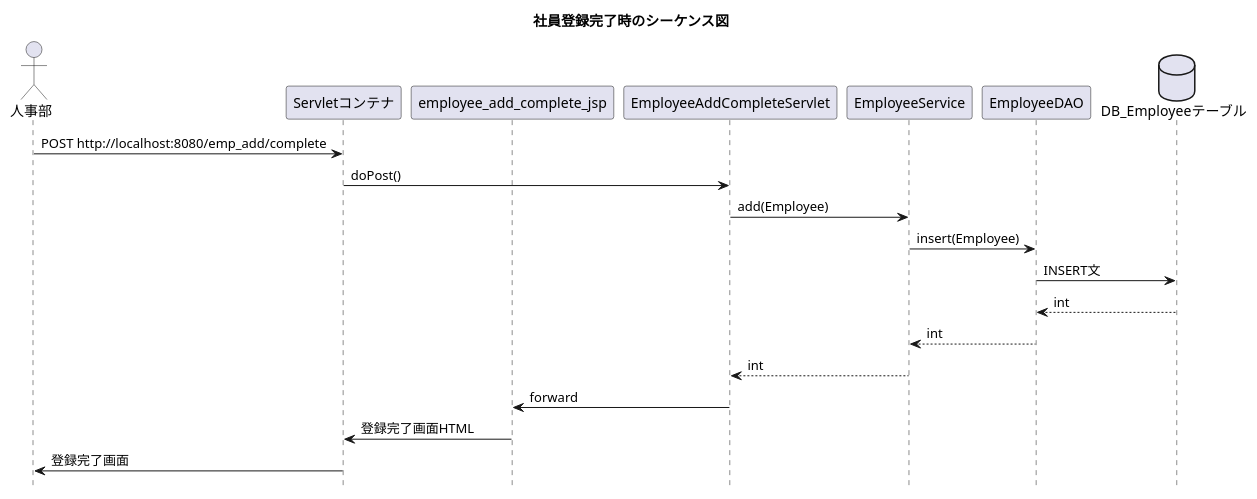
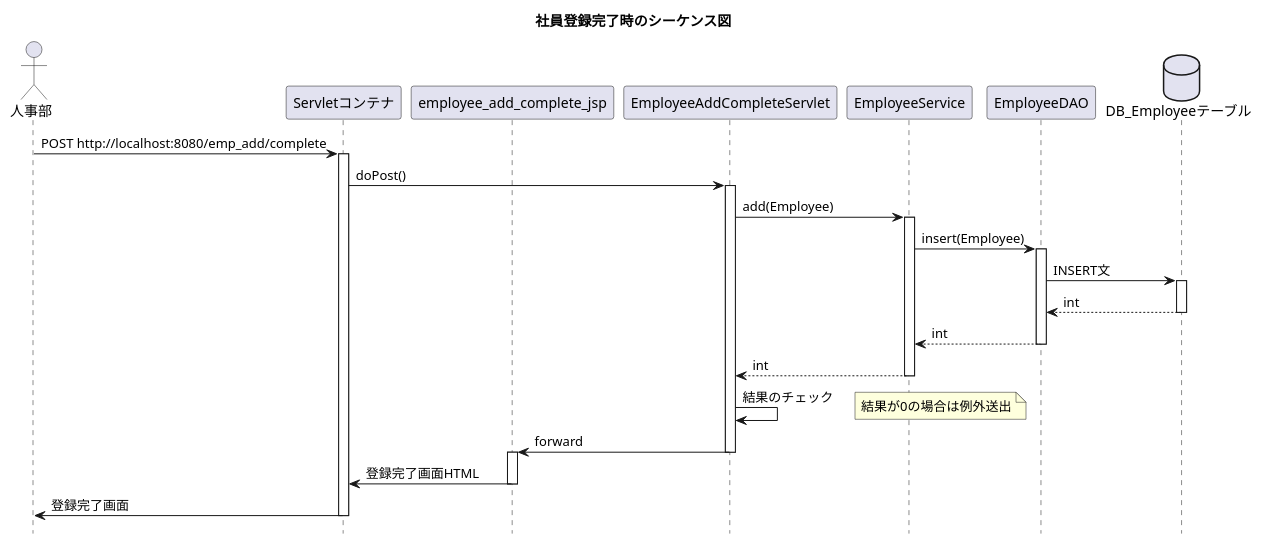
Before and after one commit to fullness-java2020n502/java-text: the diagram in java-oop/uml/sequence/employee_add_complete.plantuml, drawn with PlantUML.

Commit message:
シーケンス図にライフライン（活性区域）を追加

```diff
--- a/java-oop/uml/sequence/employee_add_complete.plantuml
+++ b/java-oop/uml/sequence/employee_add_complete.plantuml
@@ -1,45 +1,65 @@
 @startuml
+' 【重要】UMLは「自分たちが作るクラス」を主に登場させる
+
+
 title 社員登録完了時のシーケンス図
 
 hide footbox
 
 actor 人事部
 
+' 活性区域: このインスタンスが主に処理している部分を強調する
+
 ' Servletコンテナ：JavaのWebアプリを実行する環境
 ' それに対してHTTPリクエストをする
 人事部 -> Servletコンテナ : POST http://localhost:8080/emp_add/complete
+activate Servletコンテナ
 
 participant employee_add_complete_jsp
 
 ' ServletコンテナはURLとHTTPメソッド（POST or GET）に合わせてサーブレットを呼び出す
 Servletコンテナ -> EmployeeAddCompleteServlet : doPost()
+activate EmployeeAddCompleteServlet
 
 ' ServletはServiceを呼び出して登録処理を行う
 EmployeeAddCompleteServlet -> EmployeeService : add(Employee)
+activate EmployeeService
 
 ' ServiceはDAOを呼び出して登録処理を委譲する
 EmployeeService -> EmployeeDAO : insert(Employee)
+activate EmployeeDAO
 
 ' DAOはDBに対してinsert文を発行する
 database DB_Employeeテーブル
 EmployeeDAO -> DB_Employeeテーブル : INSERT文
+activate DB_Employeeテーブル
 
 ' DBはDAOに更新件数のintを返す
 DB_Employeeテーブル --> EmployeeDAO : int
+deactivate DB_Employeeテーブル
 
 ' DAOはServiceに更新件数を返す
 EmployeeDAO --> EmployeeService : int
+deactivate EmployeeDAO
 
 ' ServiceはServletに更新件数を返す
 EmployeeService --> EmployeeAddCompleteServlet : int
+deactivate EmployeeService
+
+EmployeeAddCompleteServlet -> EmployeeAddCompleteServlet : 結果のチェック
+note right : 結果が0の場合は例外送出
 
 ' ServletがJSPにforwardする
 EmployeeAddCompleteServlet -> employee_add_complete_jsp : forward
+deactivate EmployeeAddCompleteServlet
+activate employee_add_complete_jsp
 
 ' JSPがコンテナに対してHTMLを返却
 employee_add_complete_jsp -> Servletコンテナ : 登録完了画面HTML
+deactivate employee_add_complete_jsp
 
 ' コンテナが人事部に対して画面をブラウザにHTTPレスポンスとして返す
 Servletコンテナ -> 人事部 : 登録完了画面
+deactivate Servletコンテナ
 
 @enduml
```
